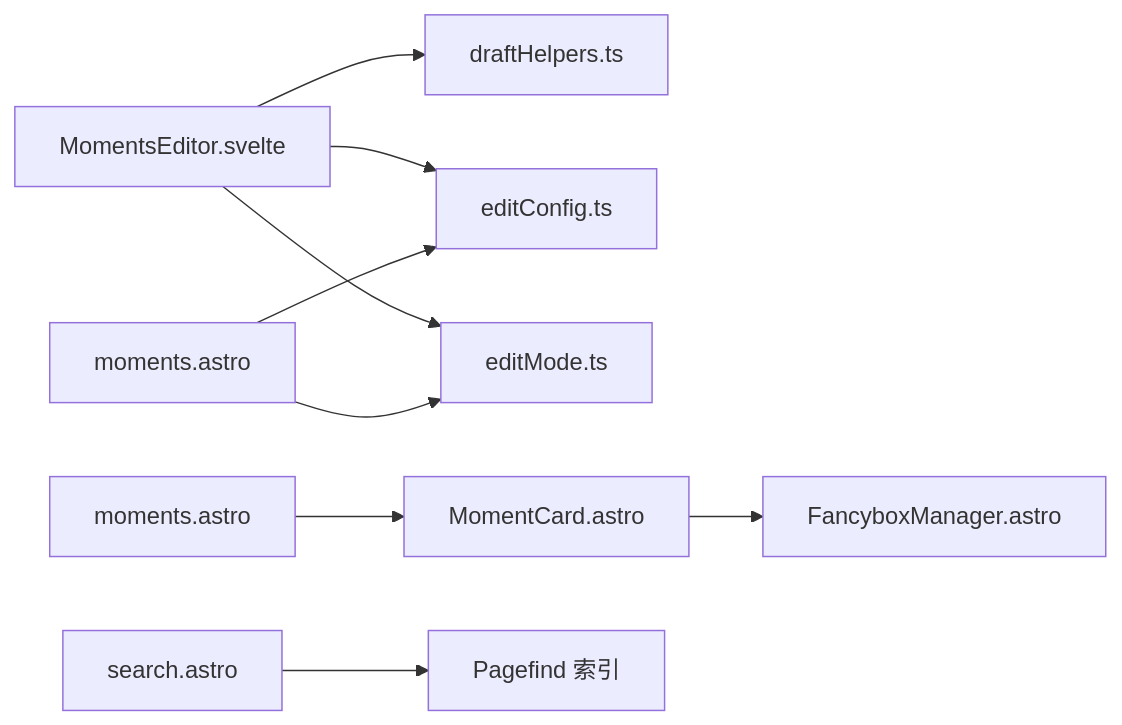
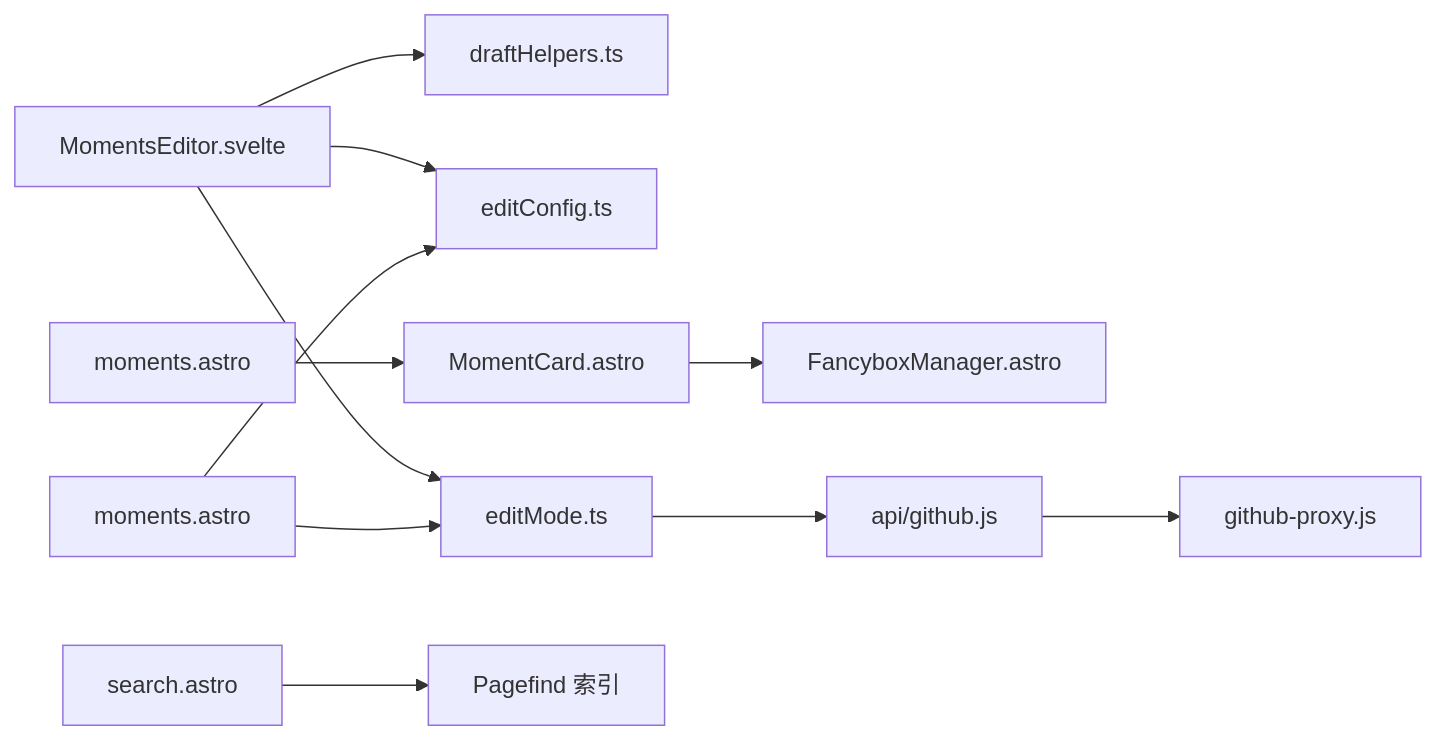
The sixth of 6 diagrams in .qoder/repowiki/zh/content/内容管理/想法内容管理.md (olx2990684400-sketch/olx-my-blog), drawn with Mermaid before and after one commit. The commit also changed other lines of this file and 21 other files, not shown here.

````diff
--- a/.qoder/repowiki/zh/content/内容管理/想法内容管理.md
+++ b/.qoder/repowiki/zh/content/内容管理/想法内容管理.md
@@ -351,11 +424,13 @@
 ```mermaid
 graph LR
 ME["MomentsEditor.svelte"] --> DH["draftHelpers.ts"]
 ME --> EC["editConfig.ts"]
 ME --> EM["editMode.ts"]
 AE["moments.astro"] --> EC
 AE --> EM
 MP["moments.astro"] --> MC["MomentCard.astro"]
 MC --> FM["FancyboxManager.astro"]
 PS["search.astro"] --> PF["Pagefind 索引"]
+GH["api/github.js"] --> WP["github-proxy.js"]
+EM --> GH
 ```
````
